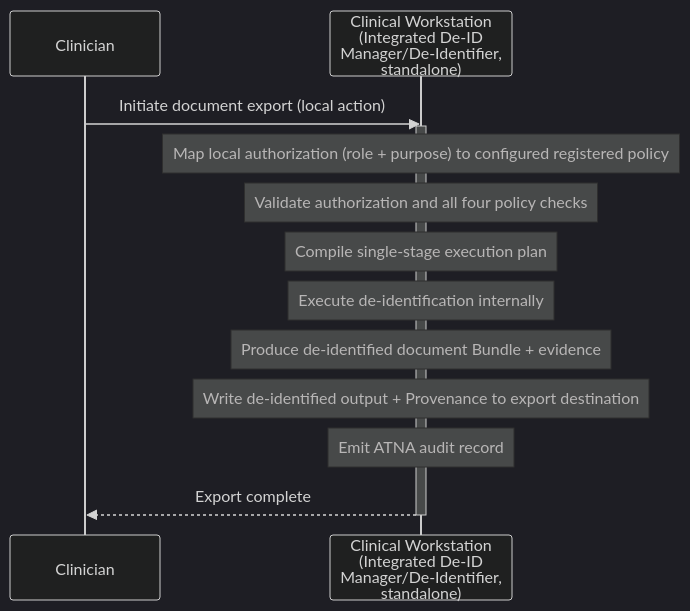
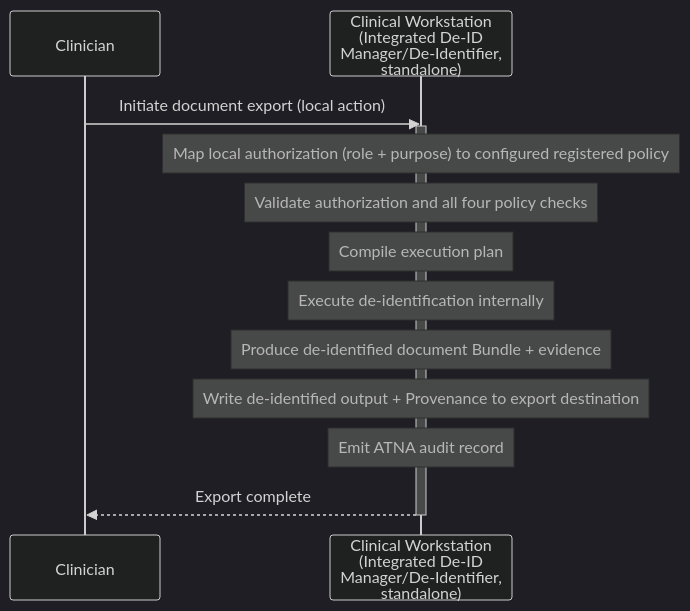
Before and after one commit to IHE/ITI.DIS: the sixth of 6 diagrams in input/pagecontent/volume-1.md, drawn with Mermaid (dark theme). The commit also changed other lines of this file and 2 other files, not shown here.

First line of the commit message:
Refactor policy model: RuleSet, Semantic/Syntax-Level, remove namedPlan

````diff
--- a/input/pagecontent/volume-1.md
+++ b/input/pagecontent/volume-1.md
@@ -646,19 +645,19 @@
 ```mermaid
 sequenceDiagram
     participant CLI as Clinician
     participant WS as Clinical Workstation<br/>(Integrated De-ID<br/>Manager/De-Identifier,<br/>standalone)
 
     CLI->>WS: Initiate document export (local action)
     activate WS
     Note over WS: Map local authorization (role + purpose) to configured registered policy
     Note over WS: Validate authorization and all four policy checks
-    Note over WS: Compile single-stage execution plan
+    Note over WS: Compile execution plan
 
     Note over WS: Execute de-identification internally
     Note over WS: Produce de-identified document Bundle + evidence
 
     Note over WS: Write de-identified output + Provenance to export destination
     Note over WS: Emit ATNA audit record
     WS-->>CLI: Export complete
     deactivate WS
 ```
````
